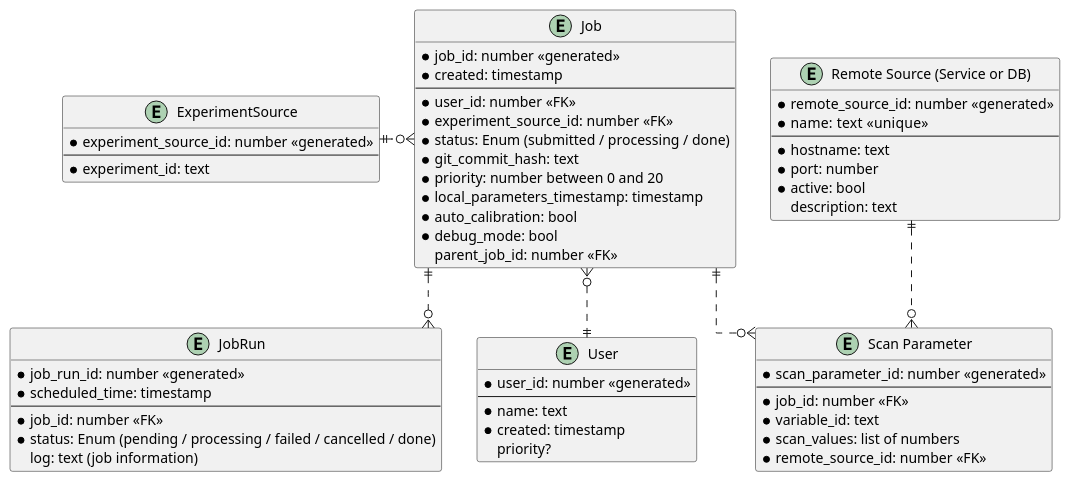
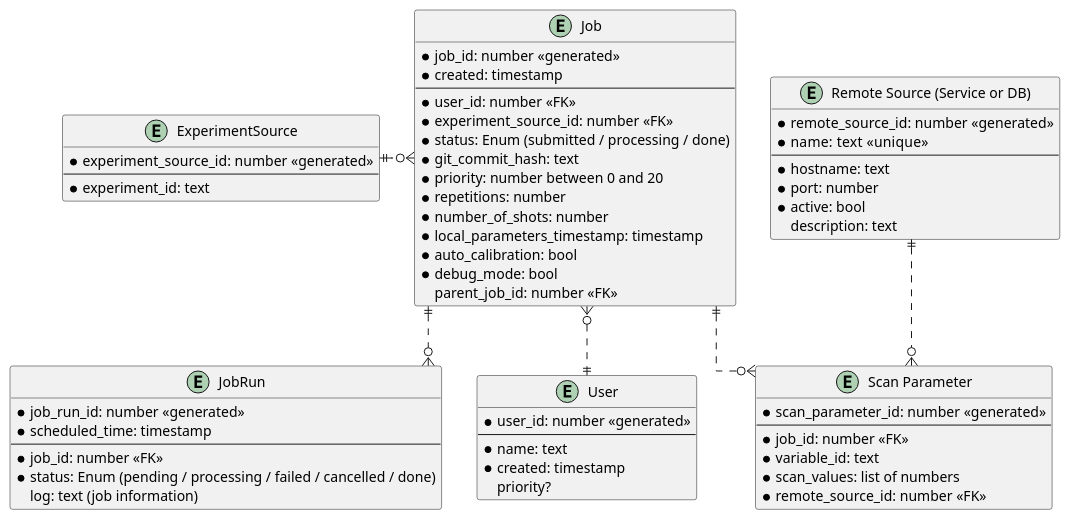
Before and after one commit to tiqi-group/icon: the diagram in docs/plantuml_diagrams/sqlite_ER.puml, drawn with PlantUML.

Commit message:
docs: updates Job model (number_of_shots, repetitions)

```diff
--- a/docs/plantuml_diagrams/sqlite_ER.puml
+++ b/docs/plantuml_diagrams/sqlite_ER.puml
@@ -1,68 +1,70 @@
 @startuml
 skinparam linetype ortho
 
 entity "ExperimentSource" as experiment {
     *experiment_source_id: number <<generated>>
     ---
     *experiment_id: text
 }
 
 entity "Job" as job {
     *job_id: number <<generated>>
     *created: timestamp
     ---
     *user_id: number <<FK>>
     *experiment_source_id: number <<FK>>
     *status: Enum (submitted / processing / done)
     *git_commit_hash: text
     *priority: number between 0 and 20
+    *repetitions: number
+    *number_of_shots: number
     *local_parameters_timestamp: timestamp
     *auto_calibration: bool
     *debug_mode: bool
     parent_job_id: number <<FK>>
 }
 
 entity "JobRun" as job_run {
     *job_run_id: number <<generated>>
     *scheduled_time: timestamp
     ---
     *job_id: number <<FK>>
     *status: Enum (pending / processing / failed / cancelled / done)
     log: text (job information)
 }
 
 entity "User" as user {
     *user_id: number <<generated>>
     --
     *name: text
     *created: timestamp
     priority?
 }
 
 entity "Scan Parameter" as scan_param {
     *scan_parameter_id: number <<generated>>
     --
     *job_id: number <<FK>>
     *variable_id: text
     *scan_values: list of numbers
     *remote_source_id: number <<FK>>
 }
 
 entity "Remote Source (Service or DB)" as remote {
     *remote_source_id: number <<generated>>
     *name: text  <<unique>>
     --
     *hostname: text
     *port: number
     *active: bool
     description: text
 }
 
 
 job }o..|| user
 job ||..o{ scan_param
 experiment ||.o{ job
 job ||..o{ job_run
 remote ||..o{ scan_param
 
 @enduml
```
